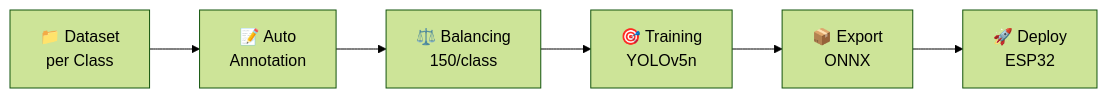
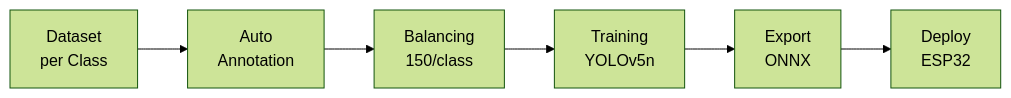
The first of 4 diagrams in README.md (eLsann/model-esp32), drawn with Mermaid (forest theme) before and after one commit. The commit also changed other lines of this file, not shown here.

````diff
--- a/README.md
+++ b/README.md
@@ -34,8 +34,8 @@
 ```mermaid
 flowchart LR
-    A["📁 Dataset<br/>per Class"] --> B["📝 Auto<br/>Annotation"]
-    B --> C["⚖️ Balancing<br/>150/class"]
-    C --> D["🎯 Training<br/>YOLOv5n"]
-    D --> E["📦 Export<br/>ONNX"]
-    E --> F["🚀 Deploy<br/>ESP32"]
+    A["Dataset<br/>per Class"] --> B["Auto<br/>Annotation"]
+    B --> C["Balancing<br/>150/class"]
+    C --> D["Training<br/>YOLOv5n"]
+    D --> E["Export<br/>ONNX"]
+    E --> F["Deploy<br/>ESP32"]
 ```
````
